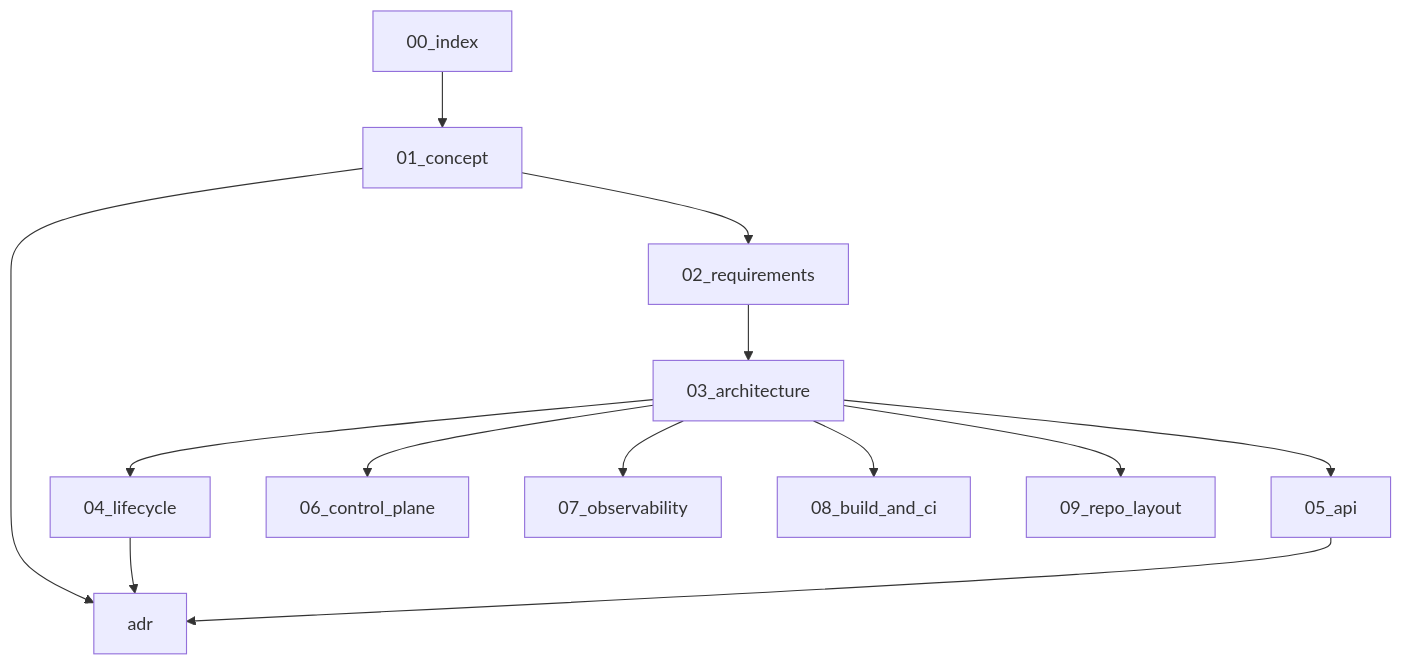
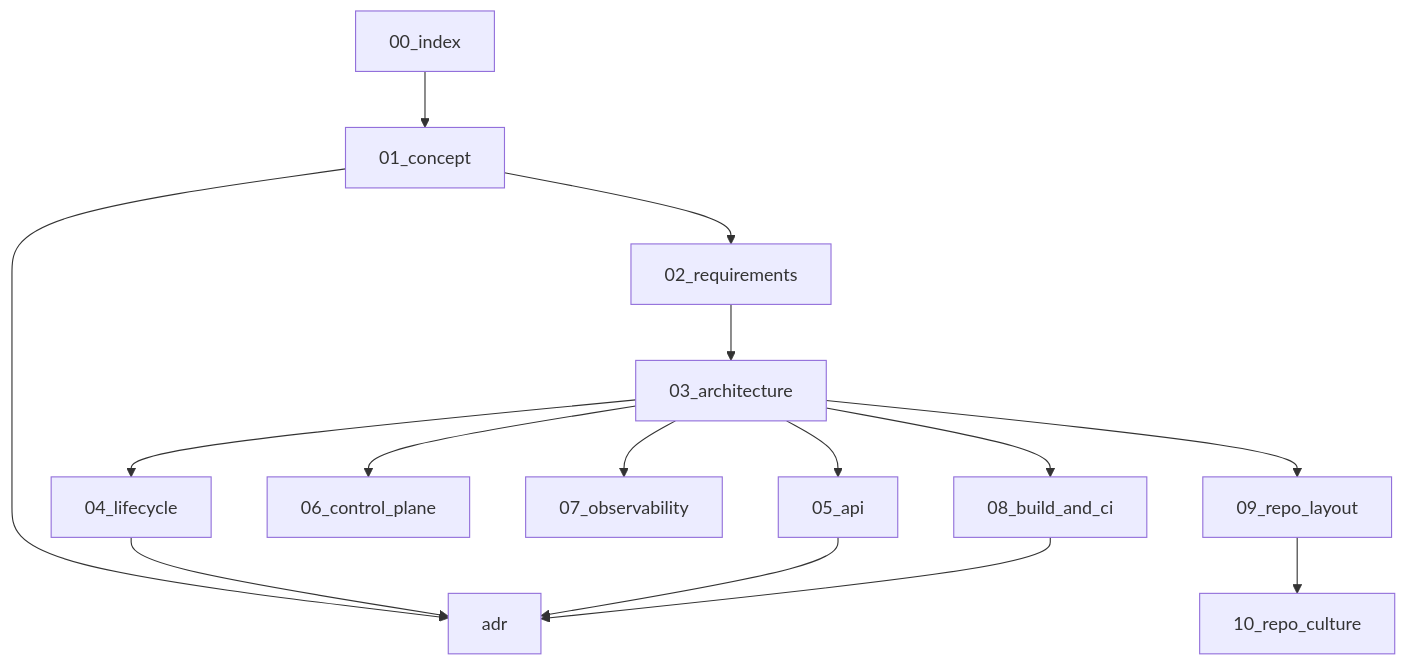
The diagram in docs/00-index.md (ne-tort/sing-box-subserver), drawn with Mermaid before and after one commit. The commit also changed other lines of this file and 19 other files, not shown here.

````diff
--- a/docs/00-index.md
+++ b/docs/00-index.md
@@ -5,24 +5,27 @@
 ```mermaid
 flowchart TD
   idx[00_index]
   concept[01_concept]
   req[02_requirements]
   arch[03_architecture]
   life[04_lifecycle]
   api[05_api]
   cp[06_control_plane]
   obs[07_observability]
   build[08_build_and_ci]
   layout[09_repo_layout]
+  culture[10_repo_culture]
   adr[adr]
   idx --> concept --> req --> arch
   arch --> life
   arch --> api
   arch --> cp
   arch --> obs
   arch --> build
   arch --> layout
+  layout --> culture
   concept --> adr
   life --> adr
   api --> adr
+  build --> adr
 ```
````
